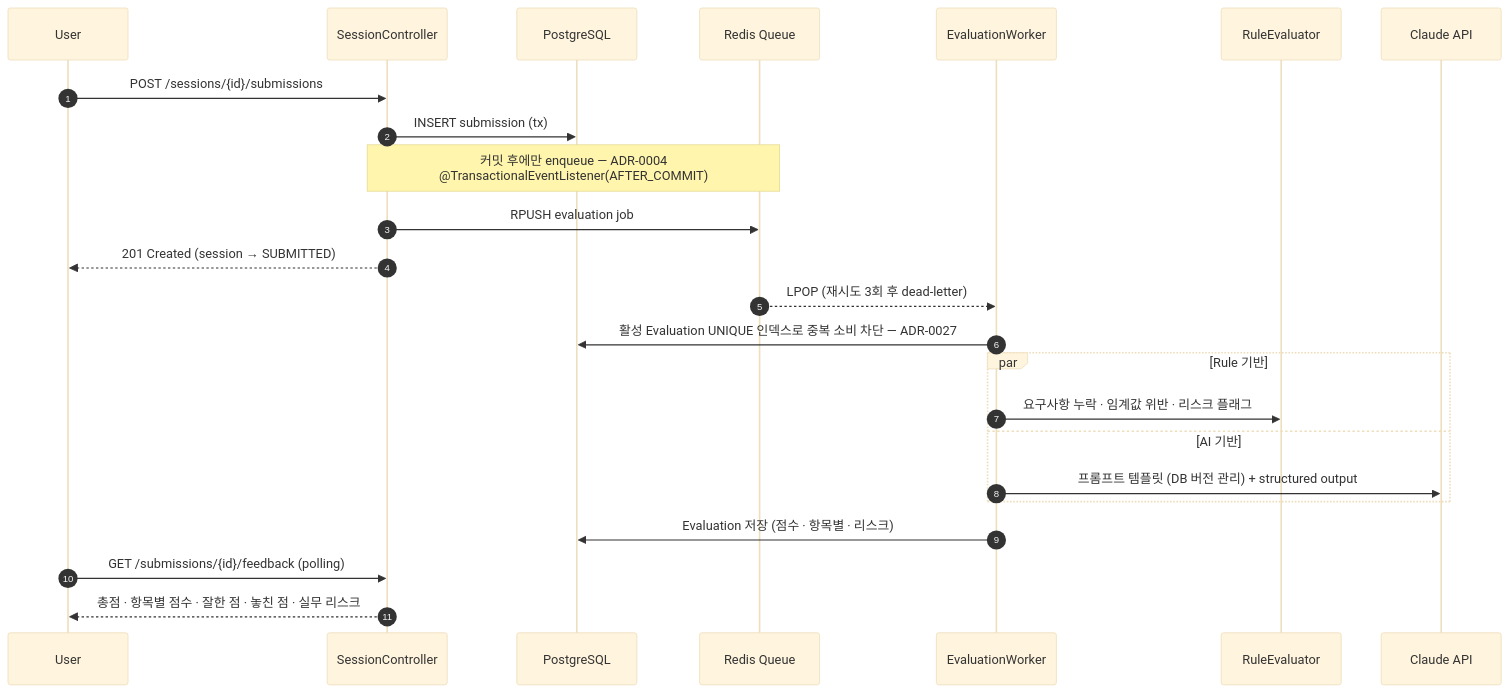
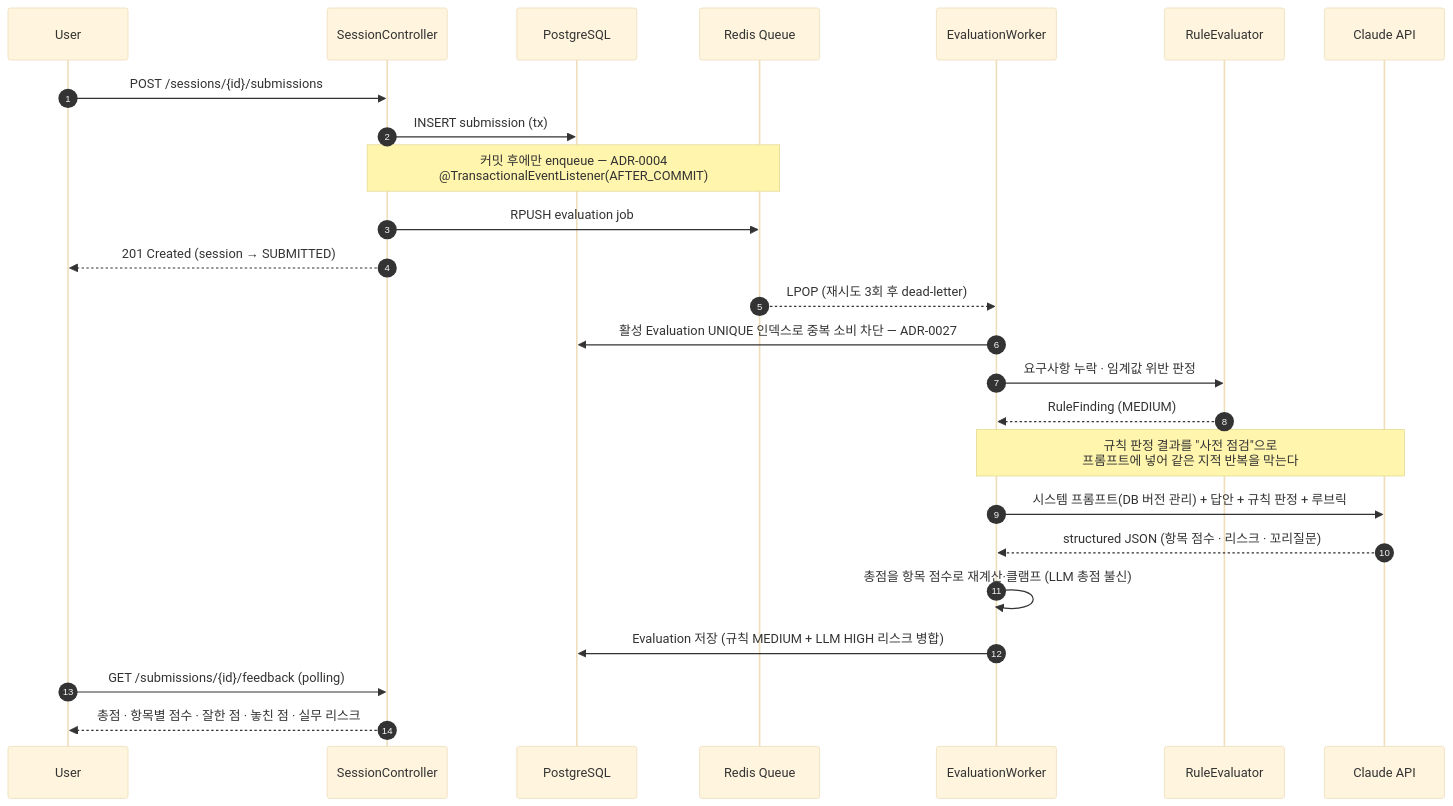
One commit to polynomeer/sys-drill changed the second of 2 diagrams in README.md. Above: the diagram before and after it, drawn with Mermaid (base theme). The commit also changed other lines of this file, not shown here.

Commit message:
docs: 평가 시퀀스 다이어그램 정정 및 모듈 수 표기 통일
- 규칙 평가와 LLM 호출을 par(병렬)로 그렸으나 실제로는 RuleEvaluator가
  먼저 돌고 그 판정이 LLM 프롬프트에 "사전 점검"으로 들어간다.
  총점 재계산·리스크 병합 단계도 함께 반영
- 모듈 수가 문서마다 18/19로 달라 패키지 19개(도메인 17 + 공통·도구 2)로 통일

````diff
--- a/README.md
+++ b/README.md
@@ -134,27 +134,28 @@
 ```mermaid
 sequenceDiagram
     autonumber
     participant U as User
     participant API as SessionController
     participant DB as PostgreSQL
     participant Q as Redis Queue
     participant W as EvaluationWorker
     participant R as RuleEvaluator
     participant L as Claude API
 
     U->>API: POST /sessions/{id}/submissions
     API->>DB: INSERT submission (tx)
     Note over API,Q: 커밋 후에만 enqueue — ADR-0004<br/>@TransactionalEventListener(AFTER_COMMIT)
     API->>Q: RPUSH evaluation job
     API-->>U: 201 Created (session → SUBMITTED)
     Q-->>W: LPOP (재시도 3회 후 dead-letter)
     W->>DB: 활성 Evaluation UNIQUE 인덱스로 중복 소비 차단 — ADR-0027
-    par Rule 기반
-        W->>R: 요구사항 누락 · 임계값 위반 · 리스크 플래그
-    and AI 기반
-        W->>L: 프롬프트 템플릿 (DB 버전 관리) + structured output
-    end
-    W->>DB: Evaluation 저장 (점수 · 항목별 · 리스크)
+    W->>R: 요구사항 누락 · 임계값 위반 판정
+    R-->>W: RuleFinding (MEDIUM)
+    Note over W,L: 규칙 판정 결과를 "사전 점검"으로<br/>프롬프트에 넣어 같은 지적 반복을 막는다
+    W->>L: 시스템 프롬프트(DB 버전 관리) + 답안 + 규칙 판정 + 루브릭
+    L-->>W: structured JSON (항목 점수 · 리스크 · 꼬리질문)
+    W->>W: 총점을 항목 점수로 재계산·클램프 (LLM 총점 불신)
+    W->>DB: Evaluation 저장 (규칙 MEDIUM + LLM HIGH 리스크 병합)
     U->>API: GET /submissions/{id}/feedback (polling)
     API-->>U: 총점 · 항목별 점수 · 잘한 점 · 놓친 점 · 실무 리스크
 ```
````
